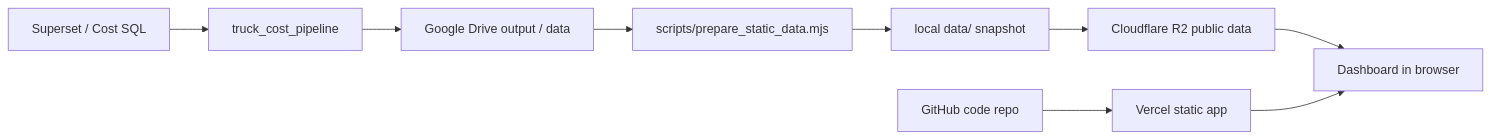
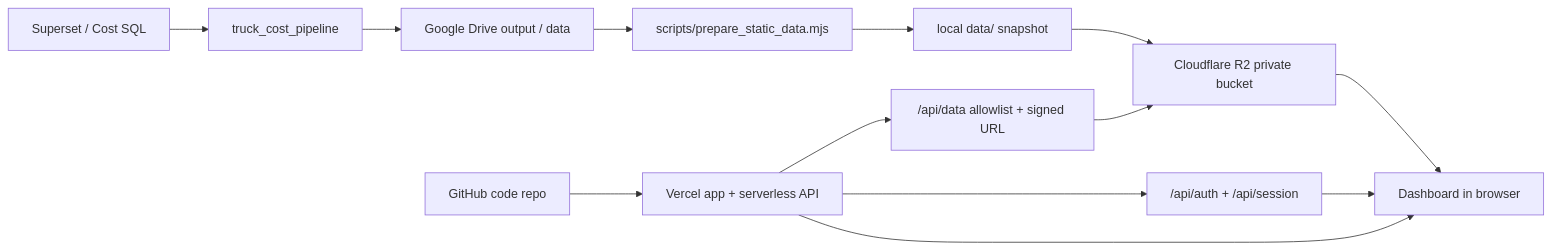
One commit to nhd712193-star/truck-cost-dashboard changed the diagram in docs/PROJECT_OVERVIEW.md. Above: the diagram before and after it, drawn with Mermaid. The commit also changed other lines of this file and 24 other files, not shown here.

Commit message:
Secure dashboard data access

````diff
--- a/docs/PROJECT_OVERVIEW.md
+++ b/docs/PROJECT_OVERVIEW.md
@@ -30,11 +30,15 @@
 ```mermaid
 flowchart LR
   Superset["Superset / Cost SQL"] --> Pipeline["truck_cost_pipeline"]
   Pipeline --> Drive["Google Drive output / data"]
   Drive --> Prepare["scripts/prepare_static_data.mjs"]
   Prepare --> LocalData["local data/ snapshot"]
-  LocalData --> R2["Cloudflare R2 public data"]
-  GitHub["GitHub code repo"] --> Vercel["Vercel static app"]
+  LocalData --> R2["Cloudflare R2 private bucket"]
+  GitHub["GitHub code repo"] --> Vercel["Vercel app + serverless API"]
+  Vercel --> Auth["/api/auth + /api/session"]
+  Vercel --> DataApi["/api/data allowlist + signed URL"]
+  DataApi --> R2
   R2 --> Dashboard["Dashboard in browser"]
+  Auth --> Dashboard
   Vercel --> Dashboard
 ```
````
